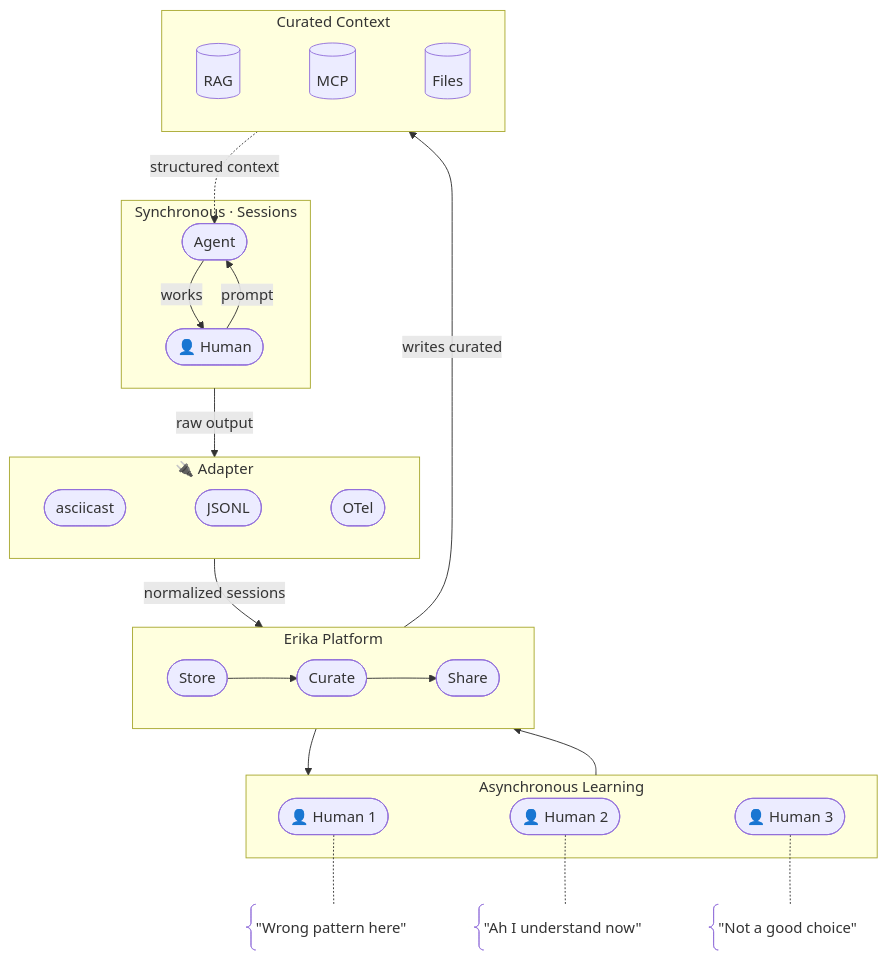
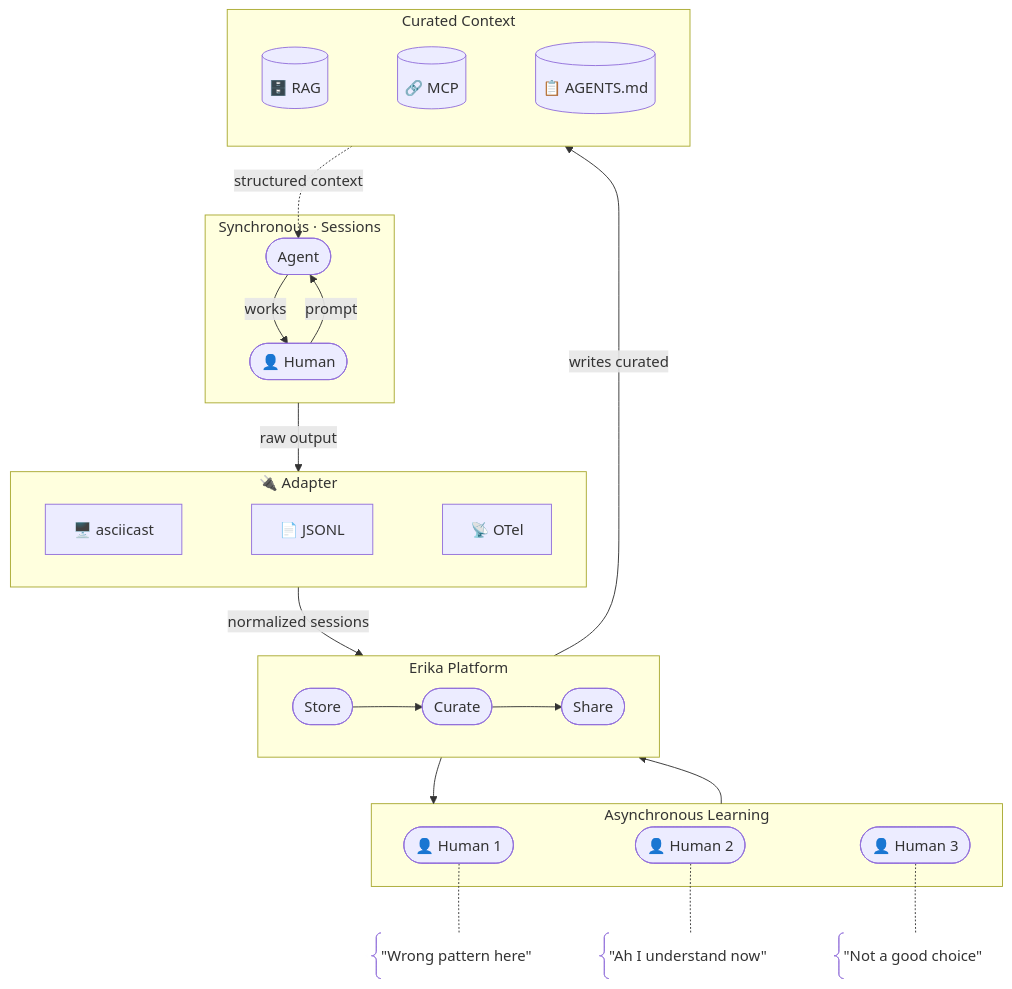
Before and after one commit to thiscantbeserious/erika: the fifth of 5 diagrams in VISION.md, drawn with Mermaid. The commit also changed 1 other file, not shown here.

Commit message:
chore: add emoji icons to adapter/curated nodes, Files → AGENTS.md
Adapter nodes: 🖥️ asciicast, 📄 JSONL, 📡 OTel
Curated Context: 🗄️ RAG, 🔗 MCP, 📋 AGENTS.md

````diff
--- a/VISION.md
+++ b/VISION.md
@@ -109,45 +109,45 @@
 ```mermaid
 %%{ init: { 'flowchart': { 'nodeSpacing': 50, 'rankSpacing': 50 } } }%%
 flowchart TD
     subgraph Session["Synchronous · Sessions"]
         Human(["👤 Human"]) -->|prompt| Agent([Agent])
         Agent -->|works| Human
     end
 
     subgraph Adapter["🔌 Adapter"]
         direction LR
-        Asciicast([asciicast]) ~~~ JSONL([JSONL]) ~~~ OTel([OTel])
+        Asciicast["🖥️ asciicast"] ~~~ JSONL["📄 JSONL"] ~~~ OTel["📡 OTel"]
     end
 
     Session -->|raw output| Adapter
     Adapter -->|normalized sessions| Platform
 
     subgraph Platform["Erika Platform"]
         direction LR
         Store([Store]) --> Curate([Curate]) --> Share([Share])
     end
 
     subgraph Team["Asynchronous Learning"]
         H1(["👤 Human 1"])
         H2(["👤 Human 2"])
         H3(["👤 Human 3"])
     end
 
     S1@{ shape: brace, label: '"Wrong pattern here"' }
     S2@{ shape: brace, label: '"Ah I understand now"' }
     S3@{ shape: brace, label: '"Not a good choice"' }
     H1 -.- S1
     H2 -.- S2
     H3 -.- S3
 
     Platform --> Team
     Team --> Platform
 
     subgraph Curated["Curated Context"]
         direction LR
-        RAG[(RAG)] ~~~ MCP[(MCP)] ~~~ Files[(Files)]
+        RAG[("🗄️ RAG")] ~~~ MCP[("🔗 MCP")] ~~~ AgentsMd[("📋 AGENTS.md")]
     end
 
     Platform -->|writes curated| Curated
     Curated -.->|structured context| Agent
 ```
````
